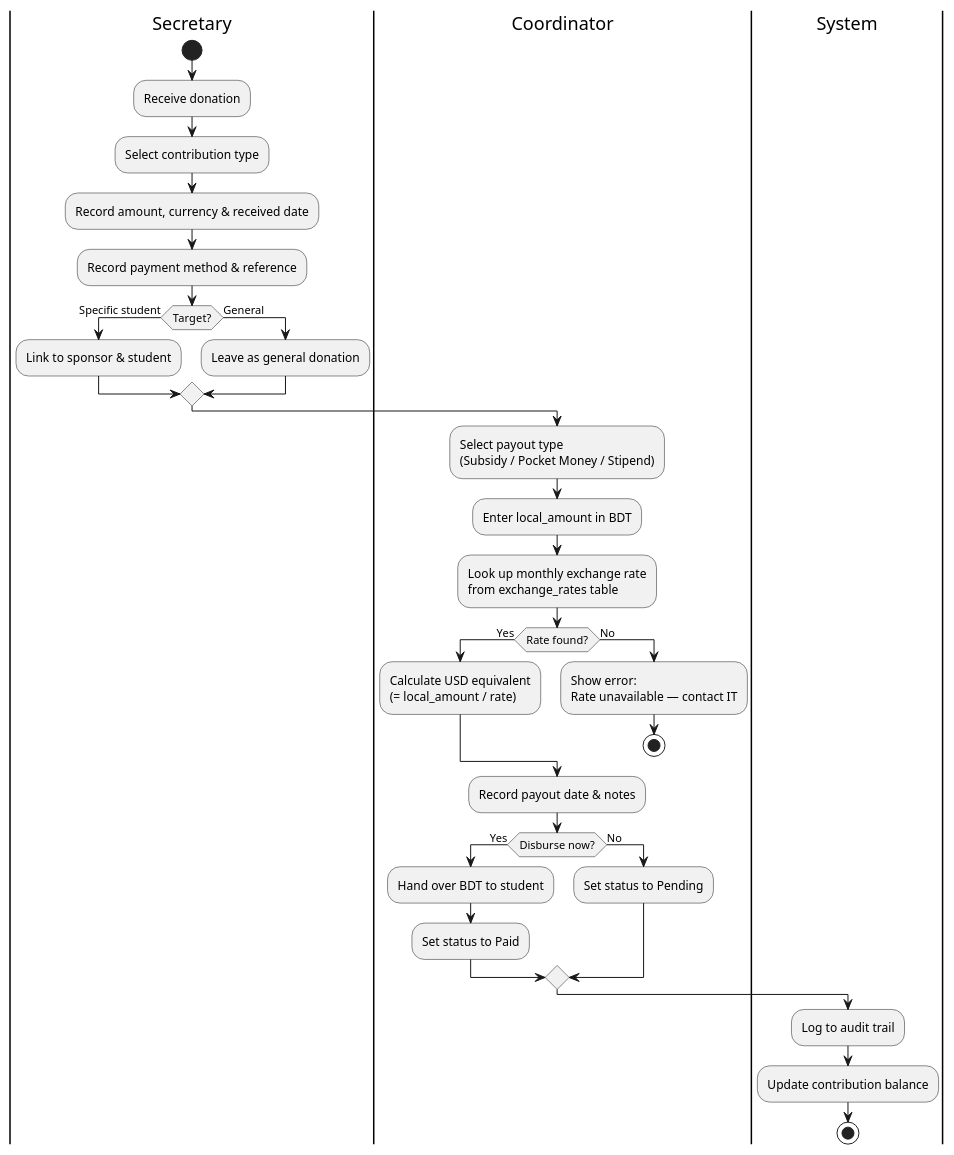
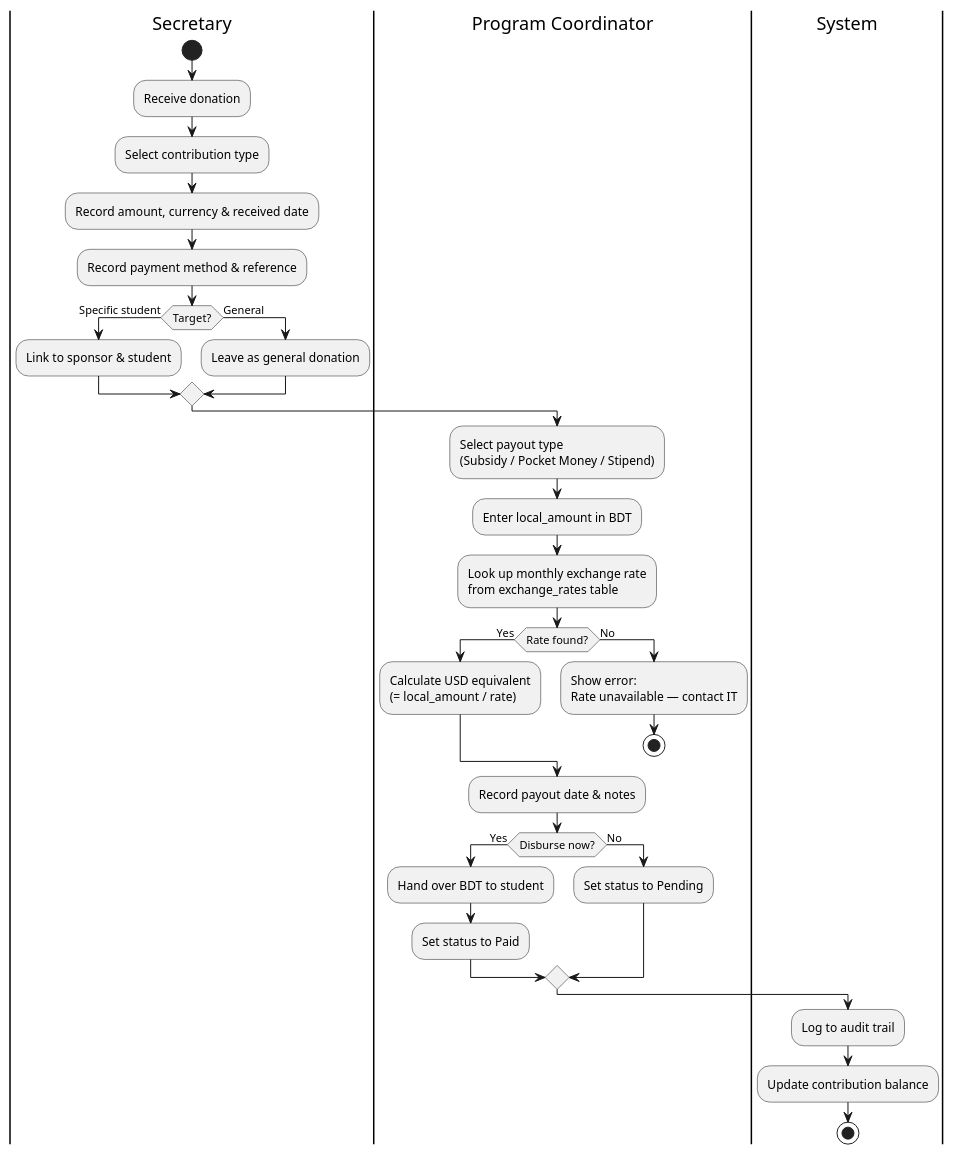
Before and after one commit to TainYanTun/BHSMS-Architectural-Blueprint: the diagram in activity-diagram/workflow_finance.puml, drawn with PlantUML. The commit also changed 20 other files, not shown here.

First line of the commit message:
Refactor financial schema: program_funding + payouts, remove old tables

```diff
--- a/activity-diagram/workflow_finance.puml
+++ b/activity-diagram/workflow_finance.puml
@@ -1,36 +1,36 @@
 @startuml
 |Secretary|
 start
 :Receive donation;
 :Select contribution type;
 :Record amount, currency & received date;
 :Record payment method & reference;
 if (Target?) then (Specific student)
   :Link to sponsor & student;
 else (General)
   :Leave as general donation;
 endif
 
-|Coordinator|
+|Program Coordinator|
 :Select payout type\n(Subsidy / Pocket Money / Stipend);
 :Enter local_amount in BDT;
 :Look up monthly exchange rate\nfrom exchange_rates table;
 if (Rate found?) then (Yes)
   :Calculate USD equivalent\n(= local_amount / rate);
 else (No)
   :Show error:\nRate unavailable — contact IT;
   stop
 endif
 :Record payout date & notes;
 if (Disburse now?) then (Yes)
   :Hand over BDT to student;
   :Set status to Paid;
 else (No)
   :Set status to Pending;
 endif
 
 |System|
 :Log to audit trail;
 :Update contribution balance;
 stop
 @enduml
```
